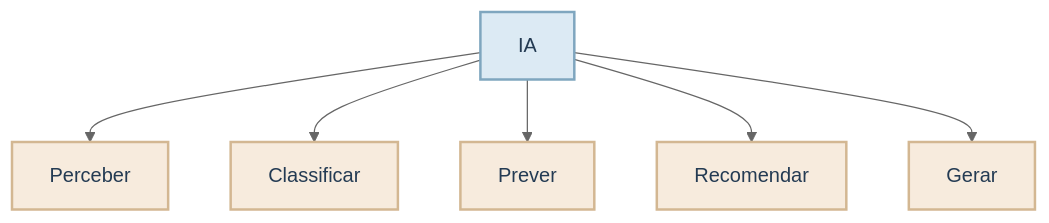
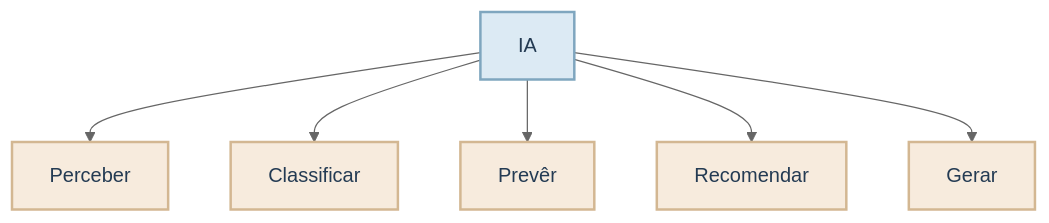
One commit to mikaelakihitto/self-study-data-science changed the ninth of 51 diagrams in temas/introducao_pratica_ia_e_genia/estudo/aula1.qmd. Above: the diagram before and after it, drawn with Mermaid (neutral theme). The commit also changed other lines of this file, not shown here.

````diff
--- a/temas/introducao_pratica_ia_e_genia/estudo/aula1.qmd
+++ b/temas/introducao_pratica_ia_e_genia/estudo/aula1.qmd
@@ -232,17 +223,17 @@
 ```{mermaid}
 %%| fig-align: center
 %%| out-width: 72%
 graph TD
     A[IA]
     A --> N1[Perceber]
     A --> N2[Classificar]
-    A --> N3[Prever]
+    A --> N3[Prevêr]
     A --> N4[Recomendar]
     A --> N5[Gerar]
     %% Definicao das cores
     classDef styleAzul fill:#DCEAF4,stroke:#7FA6BF,stroke-width:2px,color:#243B53;
     classDef styleVerde fill:#E7F2E8,stroke:#90B29A,stroke-width:2px,color:#243B53;
     classDef styleAreia fill:#F7EBDD,stroke:#D3B792,stroke-width:2px,color:#243B53;
     class A styleAzul;
     class N1,N2,N3,N4,N5 styleAreia;
 ```
````
